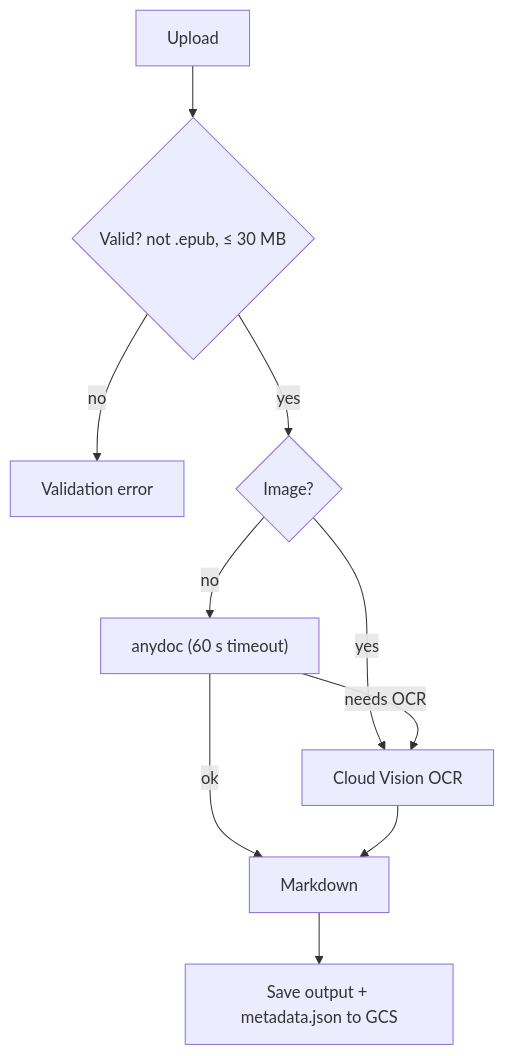
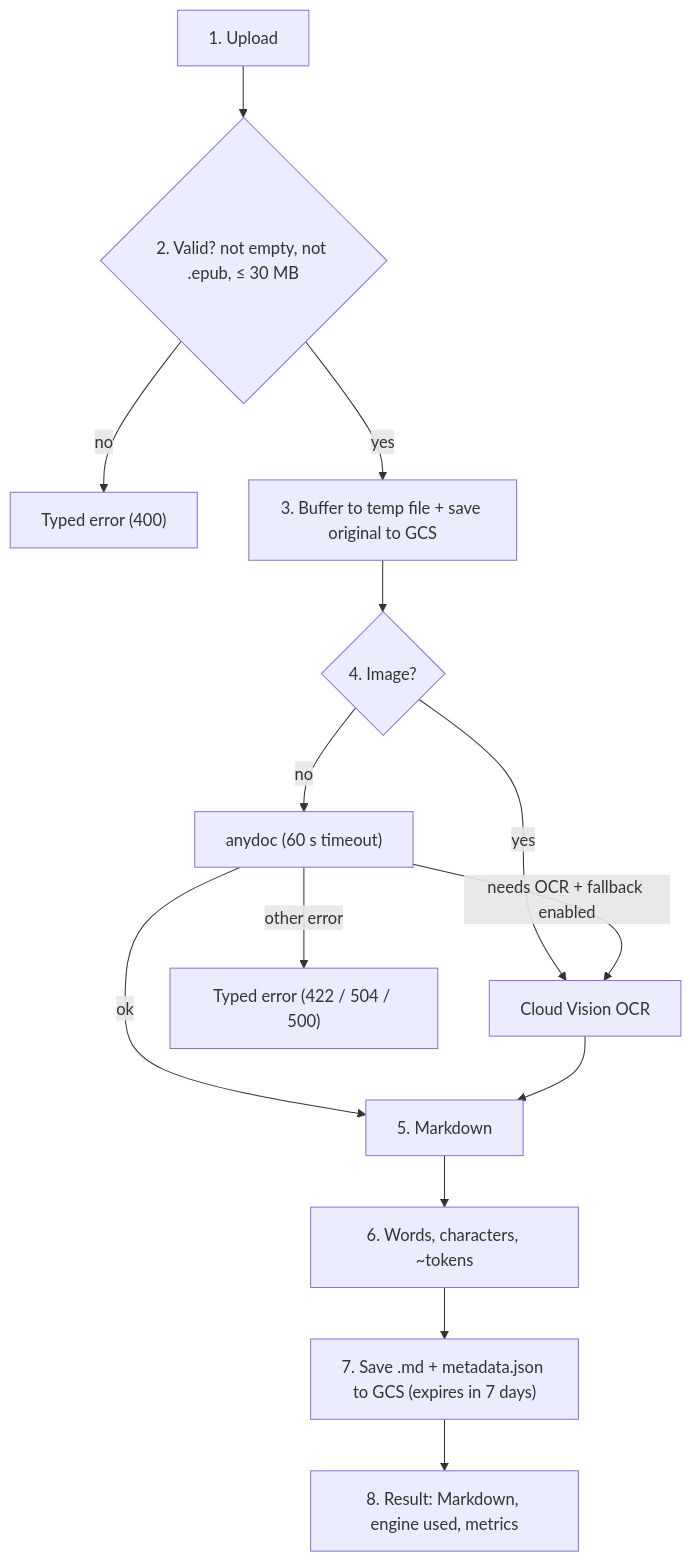
One commit to IgnacioCastro0713/DocumentMDConverter changed the second of 2 diagrams in README.md. Above: the diagram before and after it, drawn with Mermaid. The commit also changed other lines of this file, not shown here.

Commit message:
README: explain conversion flow step by step

````diff
--- a/README.md
+++ b/README.md
@@ -89,12 +91,16 @@
 ```mermaid
 flowchart TD
-    A["Upload"] --> V{"Valid? not .epub, ≤ 30 MB"}
-    V -->|"no"| E["Validation error"]
-    V -->|"yes"| I{"Image?"}
+    A["1. Upload"] --> V{"2. Valid? not empty, not .epub, ≤ 30 MB"}
+    V -->|"no"| E["Typed error (400)"]
+    V -->|"yes"| T["3. Buffer to temp file + save original to GCS"]
+    T --> I{"4. Image?"}
     I -->|"yes"| OCR["Cloud Vision OCR"]
     I -->|"no"| AD["anydoc (60 s timeout)"]
-    AD -->|"ok"| MD["Markdown"]
-    AD -->|"needs OCR"| OCR
+    AD -->|"ok"| MD["5. Markdown"]
+    AD -->|"needs OCR + fallback enabled"| OCR
+    AD -->|"other error"| E2["Typed error (422 / 504 / 500)"]
     OCR --> MD
-    MD --> S["Save output + metadata.json to GCS"]
+    MD --> M["6. Words, characters, ~tokens"]
+    M --> S["7. Save .md + metadata.json to GCS (expires in 7 days)"]
+    S --> R["8. Result: Markdown, engine used, metrics"]
 ```
````
